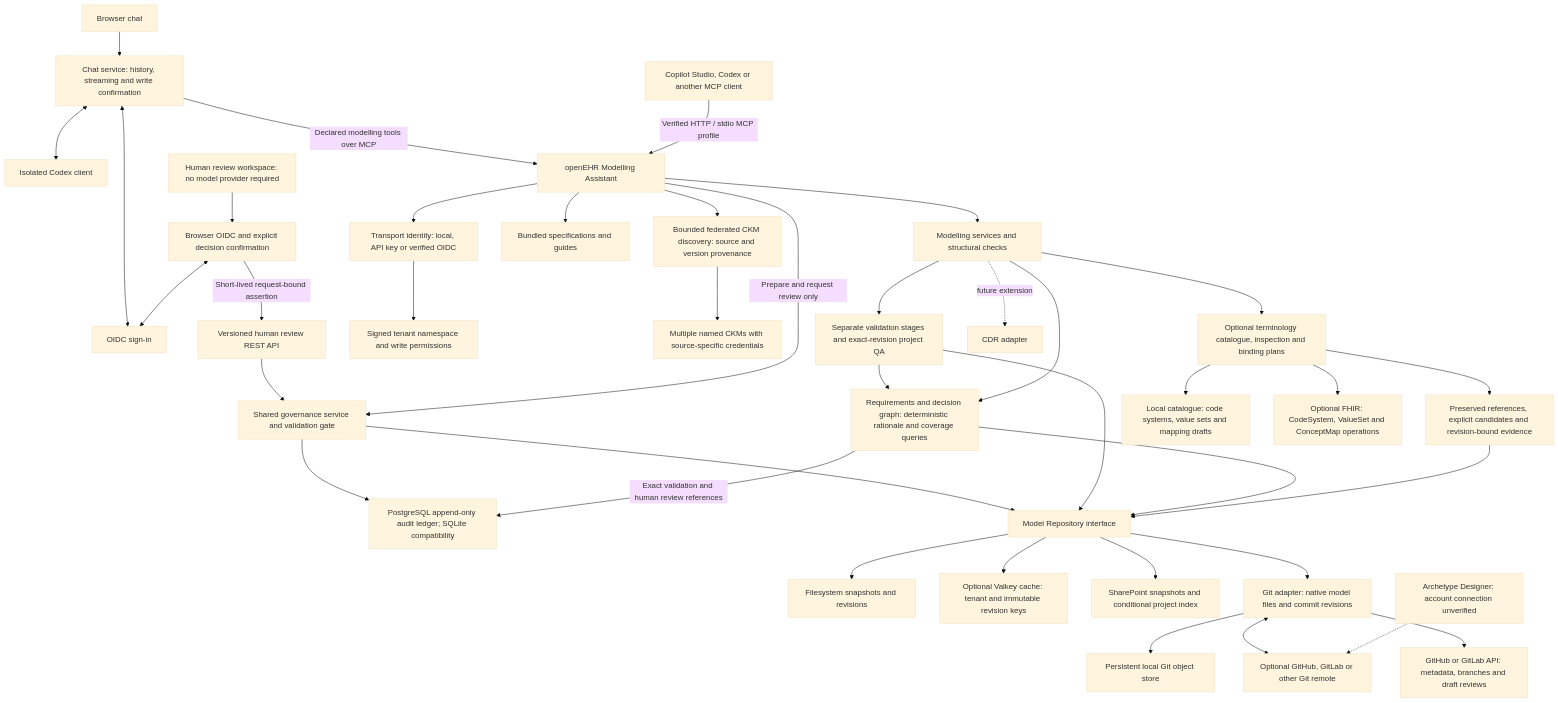
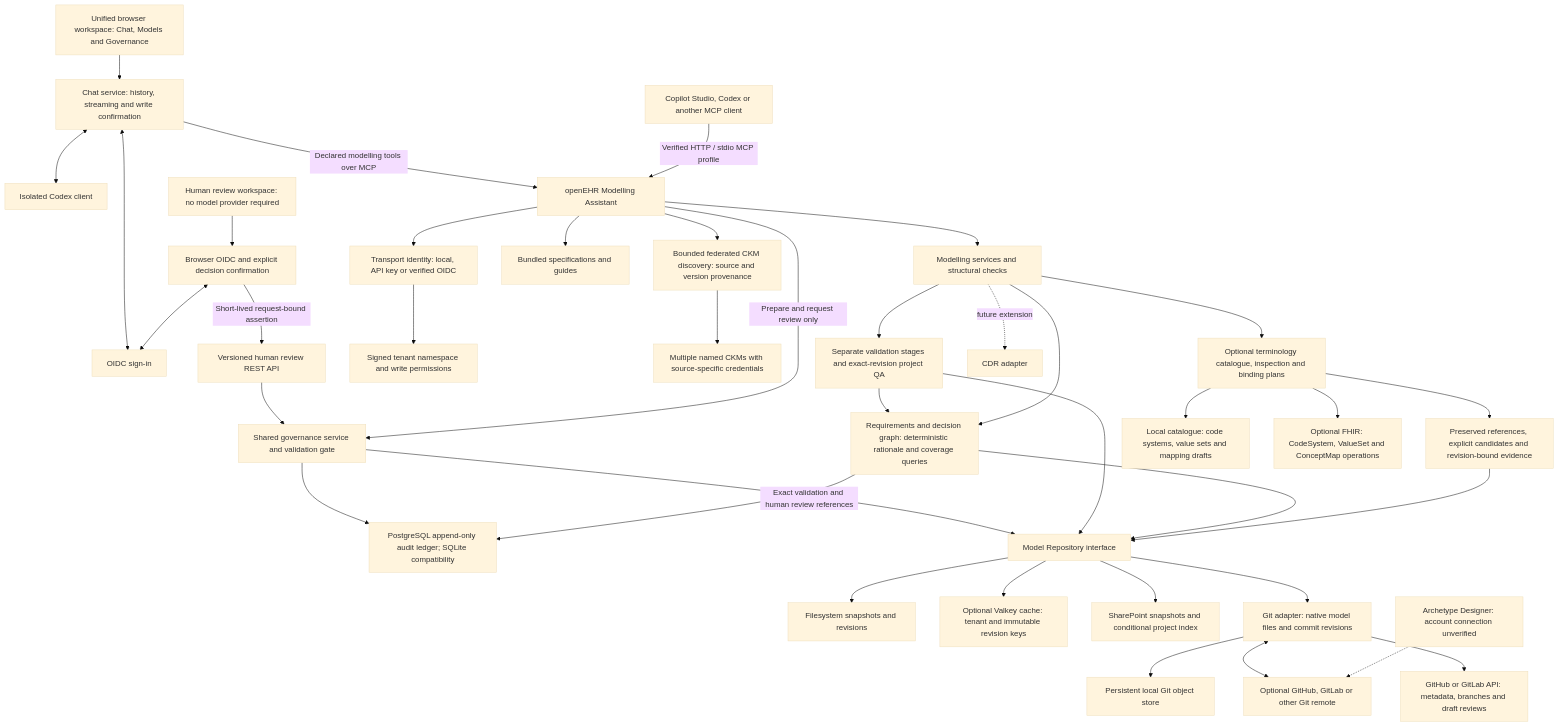
One commit to CzarMich/openehr-modelling-assistant changed the first of 2 diagrams in README.md. Above: the diagram before and after it, drawn with Mermaid (base theme). The commit also changed other lines of this file and 33 other files, not shown here.

Commit message:
feat(ui): unify chat, model browsing and governance workspace

````diff
--- a/README.md
+++ b/README.md
@@ -100,41 +100,41 @@
 ```mermaid
 flowchart TD
-    U[Browser chat] --> W[Chat service: history, streaming and write confirmation]
+    U[Unified browser workspace: Chat, Models and Governance] --> W[Chat service: history, streaming and write confirmation]
     W <--> I[OIDC sign-in]
     W <--> AIC[Isolated Codex client]
     W -->|Declared modelling tools over MCP| S[openEHR Modelling Assistant]
     HU[Human review workspace: no model provider required] --> HR[Browser OIDC and explicit decision confirmation]
     HR <--> I
     HR -->|Short-lived request-bound assertion| RA[Versioned human review REST API]
     RA --> GV[Shared governance service and validation gate]
     S -->|Prepare and request review only| GV
     GV --> AU[PostgreSQL append-only audit ledger; SQLite compatibility]
     GV --> R
     M[Copilot Studio, Codex or another MCP client] -->|Verified HTTP / stdio MCP profile| S[openEHR Modelling Assistant]
     S --> ID[Transport identity: local, API key or verified OIDC]
     ID --> TEN[Signed tenant namespace and write permissions]
     S --> FK[Bounded federated CKM discovery: source and version provenance]
     FK --> K[Multiple named CKMs with source-specific credentials]
     S --> B[Bundled specifications and guides]
     S --> D[Modelling services and structural checks]
     D --> VQ[Separate validation stages and exact-revision project QA]
     VQ --> R[Model Repository interface]
     VQ --> TG
     D --> TG[Requirements and decision graph: deterministic rationale and coverage queries]
     TG --> R
     TG -->|Exact validation and human review references| AU
     R --> F[Filesystem snapshots and revisions]
     R --> MC[Optional Valkey cache: tenant and immutable revision keys]
     R --> SP[SharePoint snapshots and conditional project index]
     R --> G[Git adapter: native model files and commit revisions]
     G --> O[Persistent local Git object store]
     G <--> H[Optional GitHub, GitLab or other Git remote]
     G --> HP[GitHub or GitLab API: metadata, branches and draft reviews]
     A[Archetype Designer: account connection unverified] -.-> H
     D --> T[Optional terminology catalogue, inspection and binding plans]
     T --> BP[Preserved references, explicit candidates and revision-bound evidence]
     BP --> R
     T --> L[Local catalogue: code systems, value sets and mapping drafts]
     T --> E[Optional FHIR: CodeSystem, ValueSet and ConceptMap operations]
     D -. future extension .-> C[CDR adapter]
 ```
````
